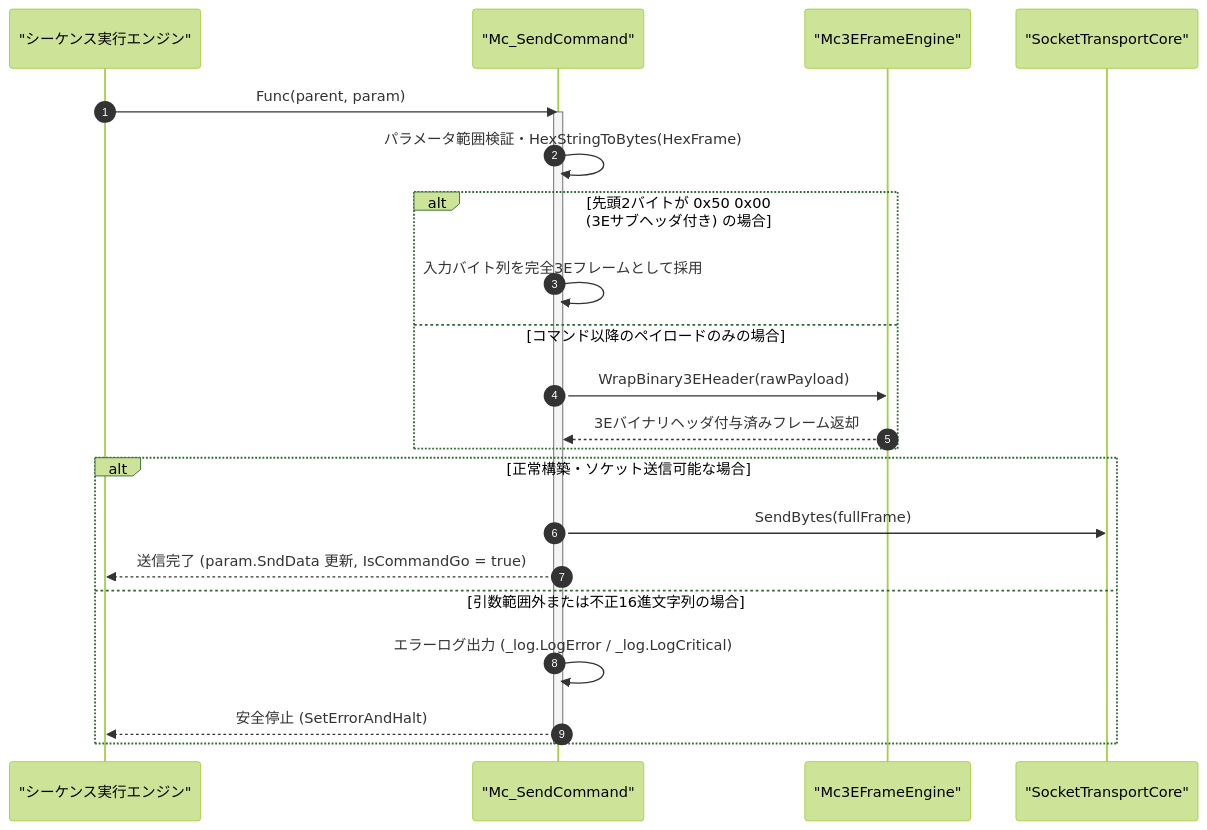
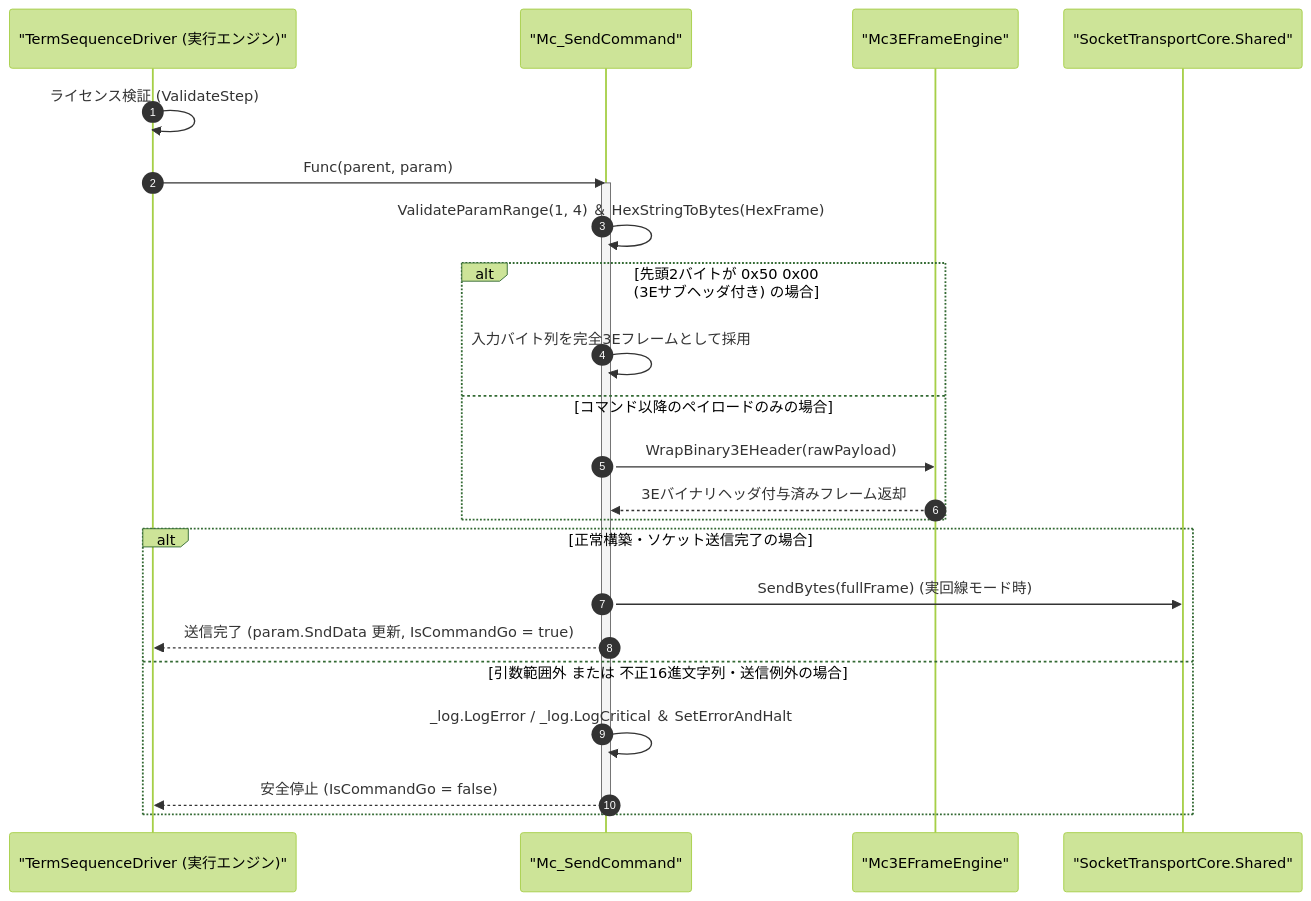
The diagram in Manual/MelcoMC/Mc_Send.Md (Monaca-App/TermAddIn), drawn with Mermaid (forest theme) before and after one commit. The commit also changed other lines of this file and 157 other files, not shown here.

````diff
--- a/Manual/MelcoMC/Mc_Send.Md
+++ b/Manual/MelcoMC/Mc_Send.Md
@@ -65,26 +73,27 @@
 ```mermaid
 sequenceDiagram
     autonumber
-    participant Script as "シーケンス実行エンジン"
+    participant Driver as "TermSequenceDriver (実行エンジン)"
     participant Cmd as "Mc_SendCommand"
     participant Engine as "Mc3EFrameEngine"
-    participant Socket as "SocketTransportCore"
+    participant Socket as "SocketTransportCore.Shared"
 
-    Script->>Cmd: Func(parent, param)
+    Driver->>Driver: ライセンス検証 (ValidateStep)
+    Driver->>Cmd: Func(parent, param)
     activate Cmd
-    Cmd->>Cmd: パラメータ範囲検証・HexStringToBytes(HexFrame)
+    Cmd->>Cmd: ValidateParamRange(1, 4) ＆ HexStringToBytes(HexFrame)
     alt 先頭2バイトが 0x50 0x00 (3Eサブヘッダ付き) の場合
         Cmd->>Cmd: 入力バイト列を完全3Eフレームとして採用
     else コマンド以降のペイロードのみの場合
         Cmd->>Engine: WrapBinary3EHeader(rawPayload)
         Engine-->>Cmd: 3Eバイナリヘッダ付与済みフレーム返却
     end
-    alt 正常構築・ソケット送信可能な場合
-        Cmd->>Socket: SendBytes(fullFrame)
-        Cmd-->>Script: 送信完了 (param.SndData 更新, IsCommandGo = true)
-    else 引数範囲外または不正16進文字列の場合
-        Cmd->>Cmd: エラーログ出力 (_log.LogError / _log.LogCritical)
-        Cmd-->>Script: 安全停止 (SetErrorAndHalt)
+    alt 正常構築・ソケット送信完了の場合
+        Cmd->>Socket: SendBytes(fullFrame) (実回線モード時)
+        Cmd-->>Driver: 送信完了 (param.SndData 更新, IsCommandGo = true)
+    else 引数範囲外 または 不正16進文字列・送信例外の場合
+        Cmd->>Cmd: _log.LogError / _log.LogCritical ＆ SetErrorAndHalt
+        Cmd-->>Driver: 安全停止 (IsCommandGo = false)
     end
     deactivate Cmd
 ```
````
